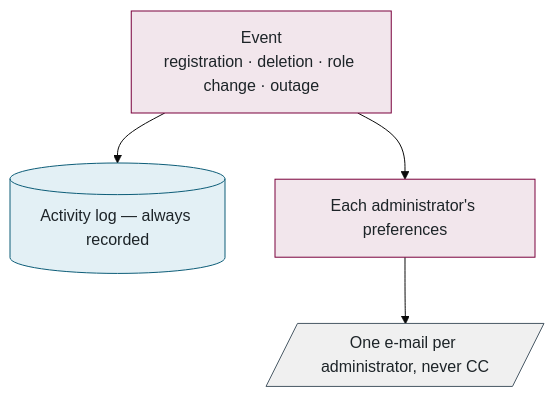
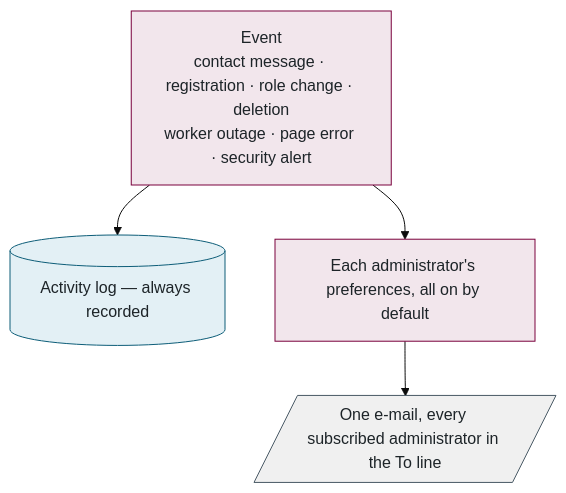
The first of 2 diagrams in docs/walkthrough/08-administration-and-monitoring.md (McMaster-Battery-Research-Group/battery-soc-benchmark), drawn with Mermaid (base theme) before and after one commit. The commit also changed other lines of this file and 46 other files, not shown here.

````diff
--- a/docs/walkthrough/08-administration-and-monitoring.md
+++ b/docs/walkthrough/08-administration-and-monitoring.md
@@ -36,12 +38,12 @@
 ```mermaid
 flowchart TB
-    E["Event<br/>registration · deletion · role change · outage"] --> F[("Activity log — always recorded")]
-    E --> T["Each administrator's preferences"]
-    T --> M[/"One e-mail per administrator, never CC"/]
+    E["Event<br/>contact message · registration · role change · deletion<br/>worker outage · page error · security alert"] --> F[("Activity log — always recorded")]
+    E --> T["Each administrator's preferences, all on by default"]
+    T --> M[/"One e-mail, every subscribed administrator in the To line"/]
     classDef web fill:#F2E6EC,stroke:#7A003C,color:#1d2428
     classDef data fill:#E3F0F5,stroke:#0D5D78,color:#1d2428
     classDef ext fill:#F0F0F0,stroke:#495965,color:#1d2428
     class E,T web
     class F data
     class M ext
 ```
````
